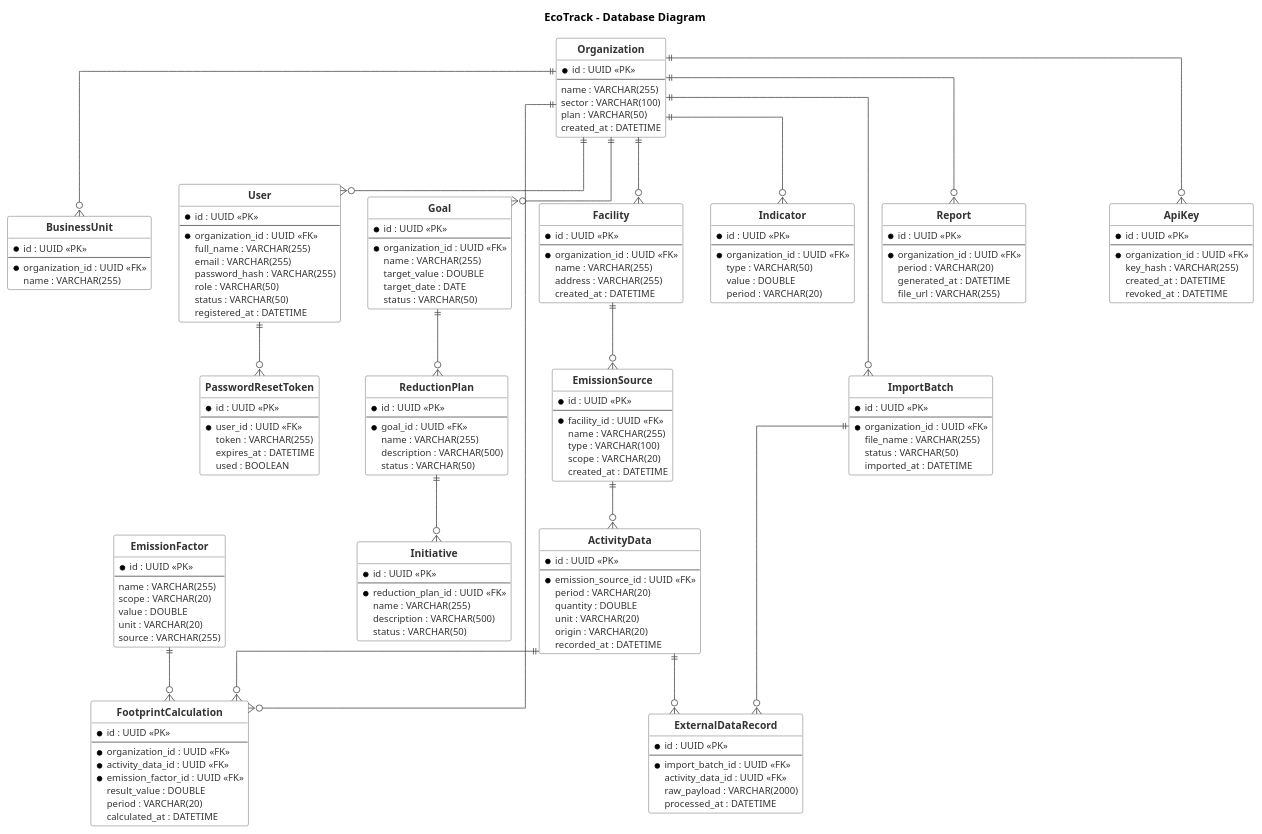
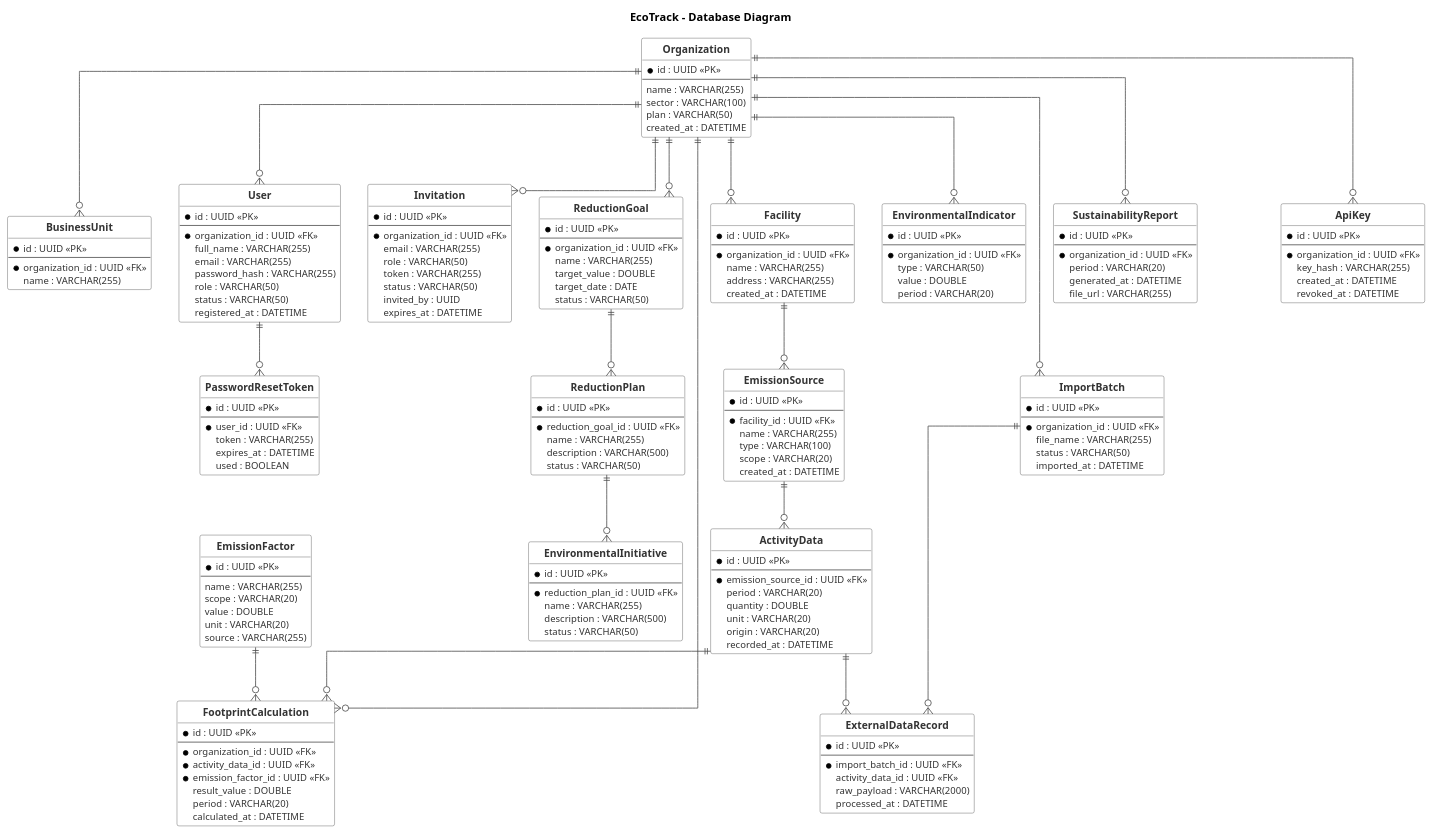
One commit to Horizon-OpenSource/report changed the diagram in docs/database/ecotrack-database-diagram.puml. Above: the diagram before and after it, drawn with PlantUML. The commit also changed 148 other files, not shown here.

Commit message:
docs: add class diagrams for all bounded contexts and update database diagram

```diff
--- a/docs/database/ecotrack-database-diagram.puml
+++ b/docs/database/ecotrack-database-diagram.puml
@@ -62,6 +62,18 @@
   used : BOOLEAN
 }
 
+entity Invitation {
+  * id : UUID <<PK>>
+  --
+  * organization_id : UUID <<FK>>
+  email : VARCHAR(255)
+  role : VARCHAR(50)
+  token : VARCHAR(255)
+  status : VARCHAR(50)
+  invited_by : UUID
+  expires_at : DATETIME
+}
+
 ' ===================== Emissions Management =====================
 entity EmissionSource {
   * id : UUID <<PK>>
@@ -107,7 +119,7 @@
 }
 
 ' ===================== Goals and Reduction Plans =====================
-entity Goal {
+entity ReductionGoal {
   * id : UUID <<PK>>
   --
   * organization_id : UUID <<FK>>
@@ -120,13 +132,13 @@
 entity ReductionPlan {
   * id : UUID <<PK>>
   --
-  * goal_id : UUID <<FK>>
+  * reduction_goal_id : UUID <<FK>>
   name : VARCHAR(255)
   description : VARCHAR(500)
   status : VARCHAR(50)
 }
 
-entity Initiative {
+entity EnvironmentalInitiative {
   * id : UUID <<PK>>
   --
   * reduction_plan_id : UUID <<FK>>
@@ -136,7 +148,7 @@
 }
 
 ' ===================== Analytics and Reports =====================
-entity Indicator {
+entity EnvironmentalIndicator {
   * id : UUID <<PK>>
   --
   * organization_id : UUID <<FK>>
@@ -145,7 +157,7 @@
   period : VARCHAR(20)
 }
 
-entity Report {
+entity SustainabilityReport {
   * id : UUID <<PK>>
   --
   * organization_id : UUID <<FK>>
@@ -186,10 +198,11 @@
 Organization ||--o{ Facility
 Organization ||--o{ BusinessUnit
 Organization ||--o{ UserTable
+Organization ||--o{ Invitation
 Organization ||--o{ FootprintCalculation
-Organization ||--o{ Goal
-Organization ||--o{ Indicator
-Organization ||--o{ Report
+Organization ||--o{ ReductionGoal
+Organization ||--o{ EnvironmentalIndicator
+Organization ||--o{ SustainabilityReport
 Organization ||--o{ ImportBatch
 Organization ||--o{ ApiKey
 
@@ -202,8 +215,8 @@
 ActivityData ||--o{ FootprintCalculation
 EmissionFactor ||--o{ FootprintCalculation
 
-Goal ||--o{ ReductionPlan
-ReductionPlan ||--o{ Initiative
+ReductionGoal ||--o{ ReductionPlan
+ReductionPlan ||--o{ EnvironmentalInitiative
 
 ImportBatch ||--o{ ExternalDataRecord
 ActivityData ||--o{ ExternalDataRecord
```
